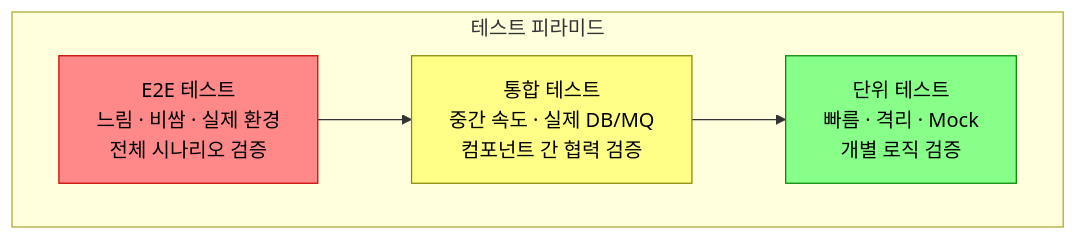
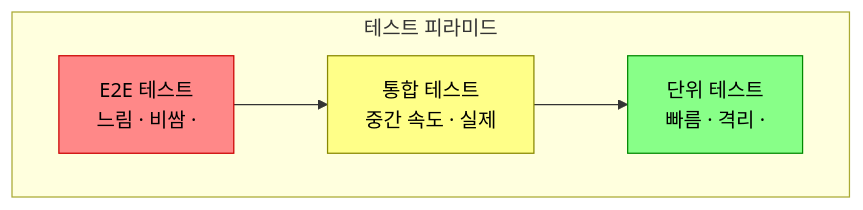
The first of 4 diagrams in _posts/test/2026-05-03-integration-testing.md (yjkim2015/yjkim2015.github.io), drawn with Mermaid before and after one commit. The commit also changed other lines of this file and 271 other files, not shown here.

First line of the commit message:
Mermaid 라벨 축소: 긴 노드 텍스트 18자 이하로 트림 + \n 제거

````diff
--- a/_posts/test/2026-05-03-integration-testing.md
+++ b/_posts/test/2026-05-03-integration-testing.md
@@ -20,12 +20,12 @@
 ```mermaid
 graph TD
     subgraph "테스트 피라미드"
-        E2E["E2E 테스트\n느림 · 비쌈 · 실제 환경\n전체 시나리오 검증"]
-        INT["통합 테스트\n중간 속도 · 실제 DB/MQ\n컴포넌트 간 협력 검증"]
-        UNIT["단위 테스트\n빠름 · 격리 · Mock\n개별 로직 검증"]
+        E2E["E2E 테스트\n느림 · 비쌈 ·"]
+        INT["통합 테스트\n중간 속도 · 실제"]
+        UNIT["단위 테스트\n빠름 · 격리 ·"]
     end
     E2E --> INT --> UNIT
     style E2E fill:#f88,stroke:#c00,color:#000
     style INT fill:#ff8,stroke:#880,color:#000
     style UNIT fill:#8f8,stroke:#080,color:#000
 ```
````
